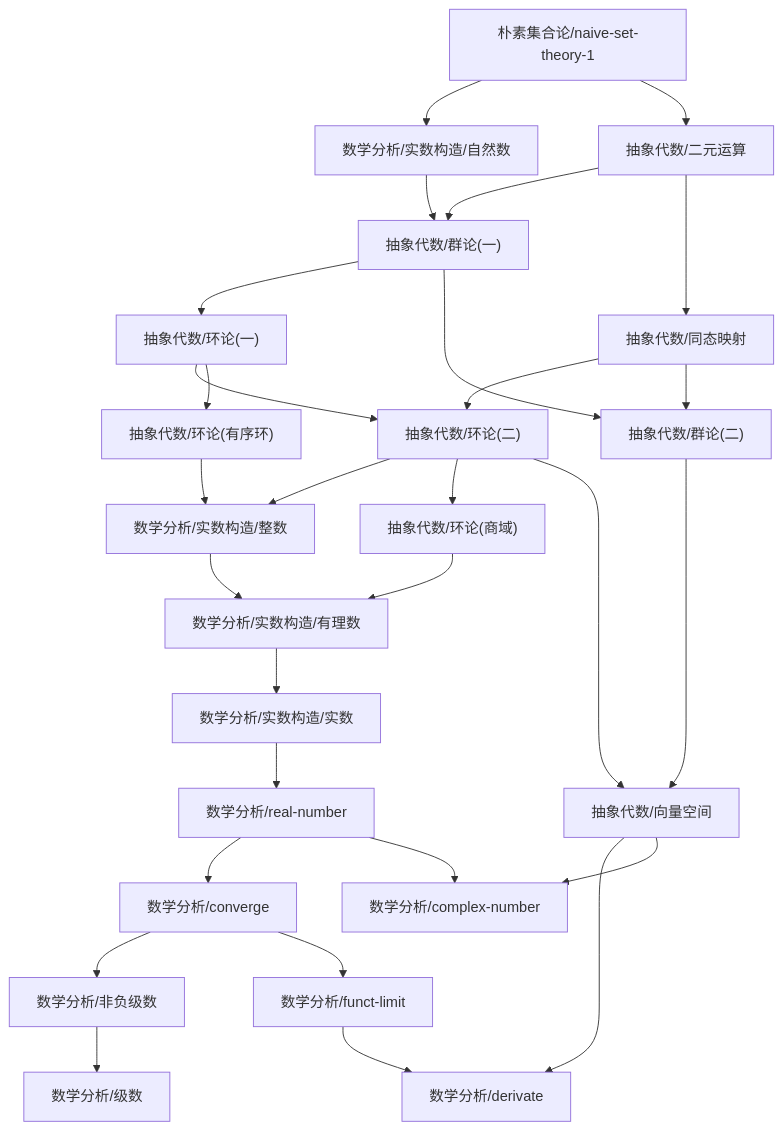
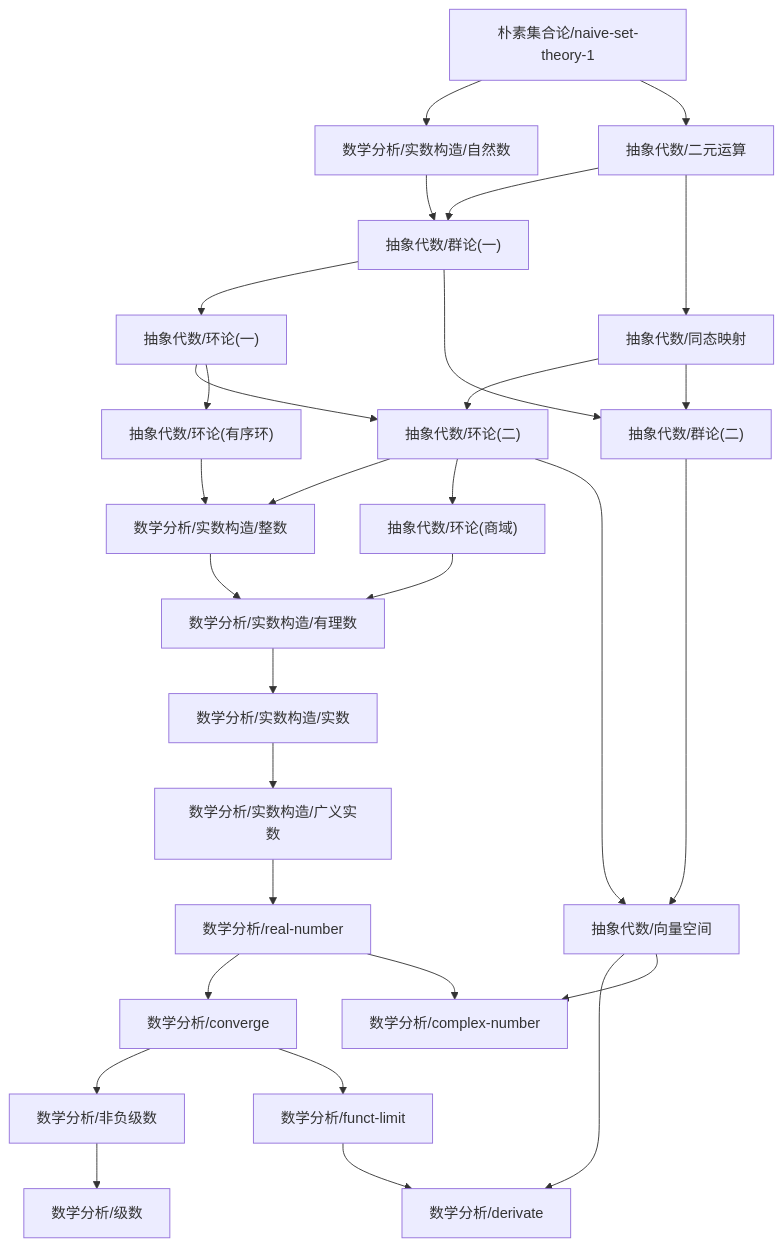
The diagram in content/数学分析/dependency_graph.md (zeroDtree/zeroDtree.github.io), drawn with Mermaid before and after one commit. The commit also changed 14 other files, not shown here.

````diff
--- a/content/数学分析/dependency_graph.md
+++ b/content/数学分析/dependency_graph.md
@@ -1,31 +1,32 @@
 ```mermaid
 graph TD
 1["数学分析/非负级数"] --> 0["数学分析/级数"]
 3["抽象代数/向量空间"] --> 2["数学分析/derivate"]
 4["数学分析/funct-limit"] --> 2["数学分析/derivate"]
 6["数学分析/real-number"] --> 5["数学分析/converge"]
 5["数学分析/converge"] --> 1["数学分析/非负级数"]
 5["数学分析/converge"] --> 4["数学分析/funct-limit"]
 6["数学分析/real-number"] --> 8["数学分析/complex-number"]
 3["抽象代数/向量空间"] --> 8["数学分析/complex-number"]
-9["数学分析/实数构造/实数"] --> 6["数学分析/real-number"]
-10["数学分析/实数构造/有理数"] --> 9["数学分析/实数构造/实数"]
-11["数学分析/实数构造/整数"] --> 10["数学分析/实数构造/有理数"]
-12["抽象代数/环论(商域)"] --> 10["数学分析/实数构造/有理数"]
-14["朴素集合论/naive-set-theory-1"] --> 13["数学分析/实数构造/自然数"]
-15["抽象代数/环论(二)"] --> 11["数学分析/实数构造/整数"]
-16["抽象代数/环论(有序环)"] --> 11["数学分析/实数构造/整数"]
-17["抽象代数/环论(一)"] --> 15["抽象代数/环论(二)"]
-18["抽象代数/同态映射"] --> 15["抽象代数/环论(二)"]
-17["抽象代数/环论(一)"] --> 16["抽象代数/环论(有序环)"]
-19["抽象代数/群论(一)"] --> 17["抽象代数/环论(一)"]
-13["数学分析/实数构造/自然数"] --> 19["抽象代数/群论(一)"]
-20["抽象代数/二元运算"] --> 19["抽象代数/群论(一)"]
-14["朴素集合论/naive-set-theory-1"] --> 20["抽象代数/二元运算"]
-20["抽象代数/二元运算"] --> 18["抽象代数/同态映射"]
-15["抽象代数/环论(二)"] --> 12["抽象代数/环论(商域)"]
-21["抽象代数/群论(二)"] --> 3["抽象代数/向量空间"]
-15["抽象代数/环论(二)"] --> 3["抽象代数/向量空间"]
-19["抽象代数/群论(一)"] --> 21["抽象代数/群论(二)"]
-18["抽象代数/同态映射"] --> 21["抽象代数/群论(二)"]
+9["数学分析/实数构造/广义实数"] --> 6["数学分析/real-number"]
+11["数学分析/实数构造/有理数"] --> 10["数学分析/实数构造/实数"]
+12["数学分析/实数构造/整数"] --> 11["数学分析/实数构造/有理数"]
+13["抽象代数/环论(商域)"] --> 11["数学分析/实数构造/有理数"]
+10["数学分析/实数构造/实数"] --> 9["数学分析/实数构造/广义实数"]
+15["朴素集合论/naive-set-theory-1"] --> 14["数学分析/实数构造/自然数"]
+16["抽象代数/环论(二)"] --> 12["数学分析/实数构造/整数"]
+17["抽象代数/环论(有序环)"] --> 12["数学分析/实数构造/整数"]
+18["抽象代数/环论(一)"] --> 16["抽象代数/环论(二)"]
+19["抽象代数/同态映射"] --> 16["抽象代数/环论(二)"]
+18["抽象代数/环论(一)"] --> 17["抽象代数/环论(有序环)"]
+20["抽象代数/群论(一)"] --> 18["抽象代数/环论(一)"]
+14["数学分析/实数构造/自然数"] --> 20["抽象代数/群论(一)"]
+21["抽象代数/二元运算"] --> 20["抽象代数/群论(一)"]
+15["朴素集合论/naive-set-theory-1"] --> 21["抽象代数/二元运算"]
+21["抽象代数/二元运算"] --> 19["抽象代数/同态映射"]
+16["抽象代数/环论(二)"] --> 13["抽象代数/环论(商域)"]
+22["抽象代数/群论(二)"] --> 3["抽象代数/向量空间"]
+16["抽象代数/环论(二)"] --> 3["抽象代数/向量空间"]
+20["抽象代数/群论(一)"] --> 22["抽象代数/群论(二)"]
+19["抽象代数/同态映射"] --> 22["抽象代数/群论(二)"]
 ```
````
